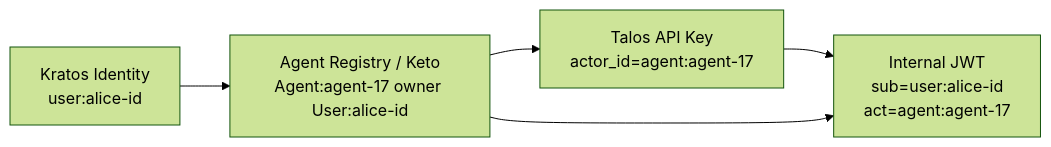
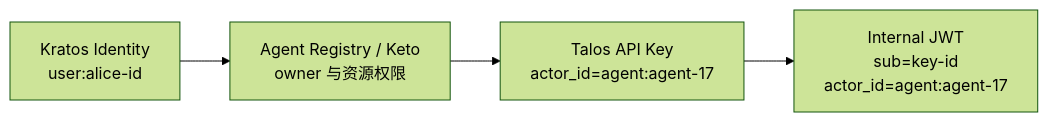
One commit to hotttao/backup changed the first of 4 diagrams in posts/microservices/auth/010_ory_talos.md. Above: the diagram before and after it, drawn with Mermaid (forest theme). The commit also changed other lines of this file and 8 other files, not shown here.

````diff
--- a/posts/microservices/auth/010_ory_talos.md
+++ b/posts/microservices/auth/010_ory_talos.md
@@ -40,12 +40,11 @@
 ```mermaid
 flowchart LR
     K[Kratos Identity<br/>user:alice-id]
-    R[Agent Registry / Keto<br/>Agent:agent-17 owner User:alice-id]
+    R[Agent Registry / Keto<br/>owner 与资源权限]
     T[Talos API Key<br/>actor_id=agent:agent-17]
-    I[Internal JWT<br/>sub=user:alice-id<br/>act=agent:agent-17]
+    I[Internal JWT<br/>sub=key-id<br/>actor_id=agent:agent-17]
 
     K --> R
     R --> T
     T --> I
-    R --> I
 ```
````
